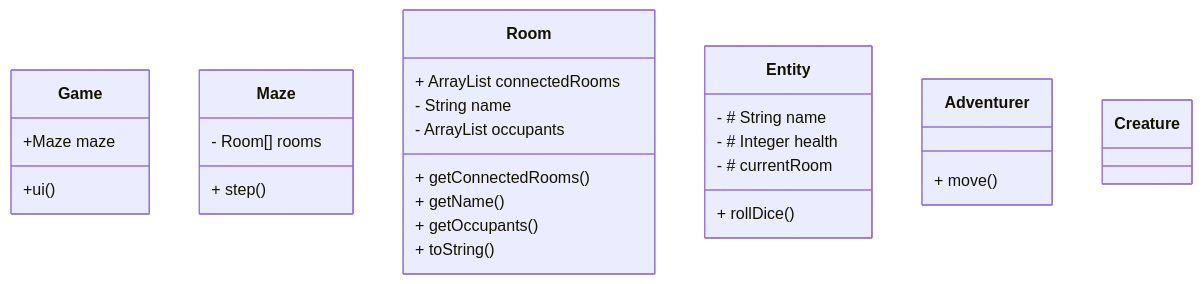
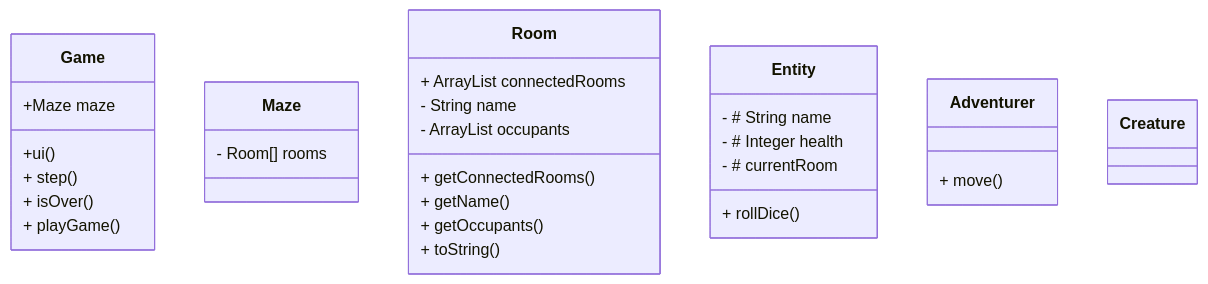
Before and after one commit to jonathancsci/csci4448-arcane-game: the diagram in README.md, drawn with Mermaid.

Commit message:
changes to Game class design

````diff
--- a/README.md
+++ b/README.md
@@ -11,32 +11,34 @@
 ```mermaid
 classDiagram
     class Game {
         +ui()
         +Maze maze
+        + step()
+        + isOver()
+        + playGame()
     }
     class Maze {
         - Room[] rooms
-        + step()
     }
     class Room {
         + ArrayList<Room> connectedRooms
         + getConnectedRooms()
         + getName()
         + getOccupants()
         + toString()
         - String name
         - ArrayList<Entity> occupants
     }
     class Entity {
         + rollDice()
         - # String name
         - # Integer health
         - # currentRoom
     }
     class Adventurer {
         + move()
     }
     class Creature {
     
     }
 ```
````
